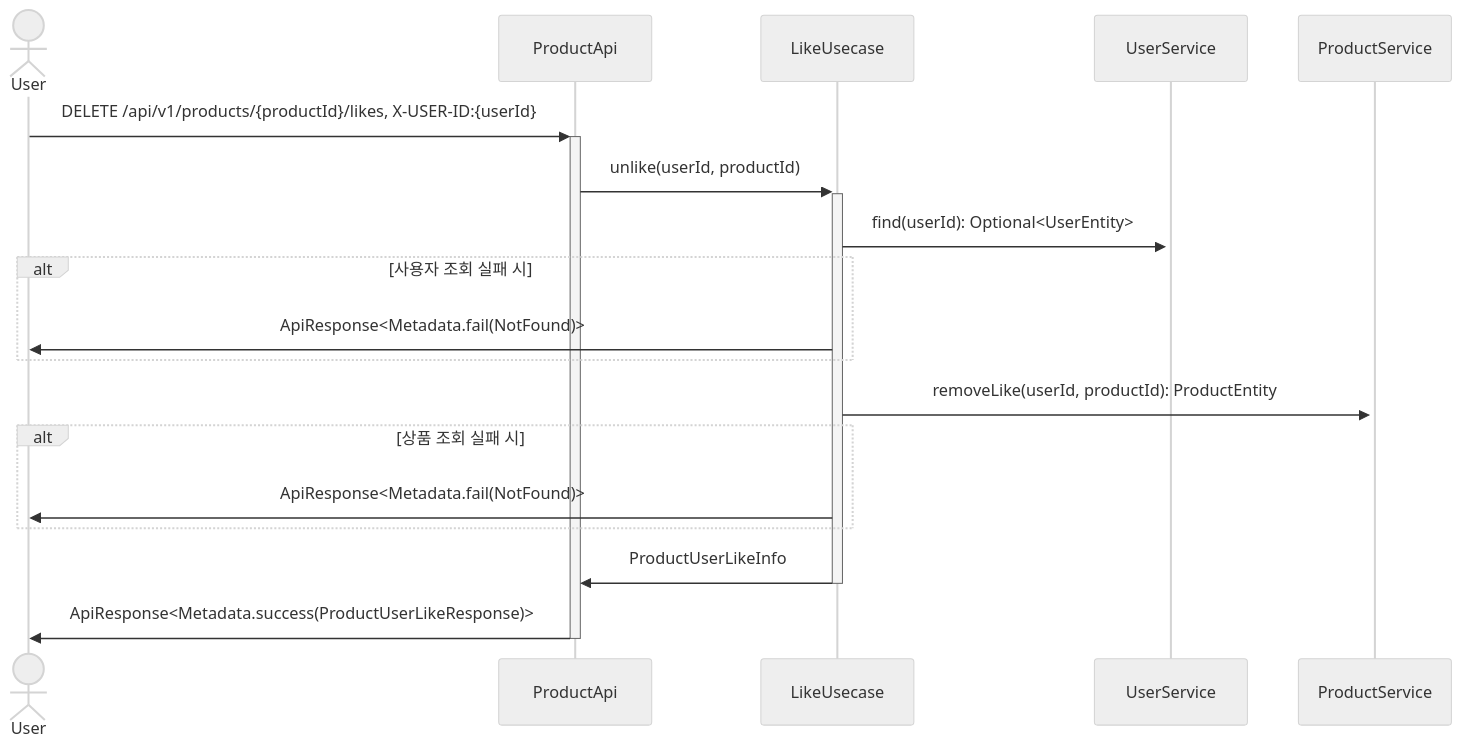
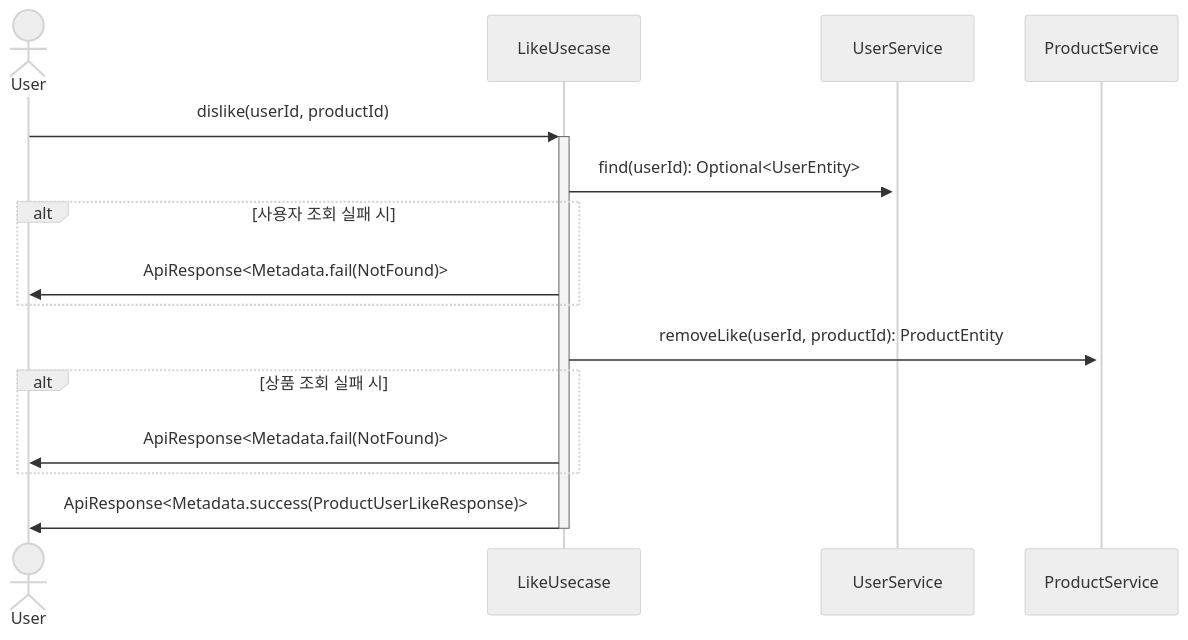
The fifth of 10 diagrams in docs/design/02-sequence-diagrams.md (Iol-lshh/loopers_be_practice_byjava), drawn with Mermaid (neutral theme) before and after one commit. The commit also changed other lines of this file and 70 other files, not shown here.

````diff
--- a/docs/design/02-sequence-diagrams.md
+++ b/docs/design/02-sequence-diagrams.md
@@ -96,16 +87,14 @@
 ```mermaid
 sequenceDiagram
     actor User
-    User->>+ProductApi: DELETE /api/v1/products/{productId}/likes, X-USER-ID:{userId}
-    ProductApi->>+LikeUsecase: unlike(userId, productId)
+    User->>+LikeUsecase: dislike(userId, productId)
     LikeUsecase->>+UserService: find(userId): Optional<UserEntity>
     alt 사용자 조회 실패 시
         LikeUsecase->>User: ApiResponse<Metadata.fail(NotFound)>
     end
     LikeUsecase->>+ProductService: removeLike(userId, productId): ProductEntity
     alt 상품 조회 실패 시
         LikeUsecase->>User: ApiResponse<Metadata.fail(NotFound)>
     end
-    LikeUsecase->>-ProductApi: ProductUserLikeInfo
-    ProductApi->>-User: ApiResponse<Metadata.success(ProductUserLikeResponse)>
+    LikeUsecase->>-User: ApiResponse<Metadata.success(ProductUserLikeResponse)>
 ```
````
